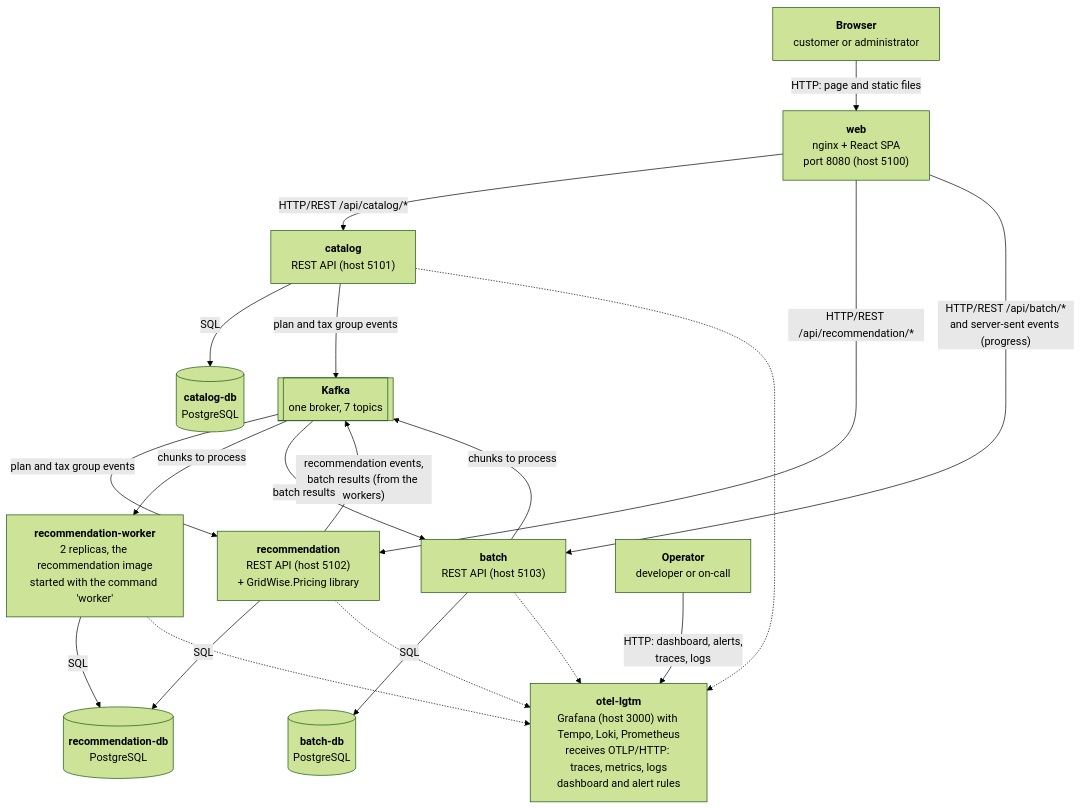
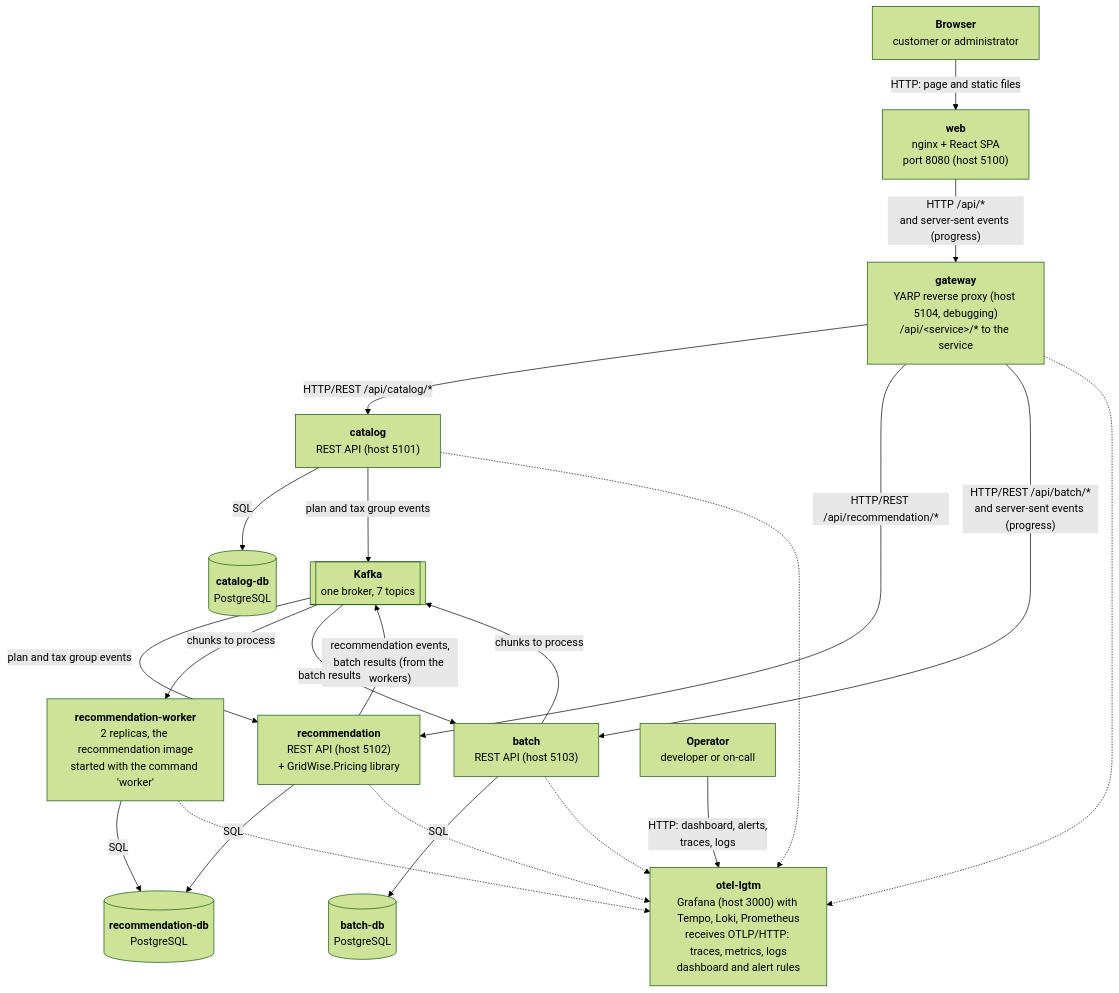
The second of 3 diagrams in docs/architecture/README.md (bratsale/gridwise), drawn with Mermaid (forest theme) before and after one commit. The commit also changed other lines of this file and 23 other files, not shown here.

Commit message:
feat(gateway): route all API traffic through a YARP gateway

````diff
--- a/docs/architecture/README.md
+++ b/docs/architecture/README.md
@@ -44,41 +44,44 @@
 ```mermaid
 flowchart TB
     browser["<b>Browser</b><br/>customer or administrator"]
     web["<b>web</b><br/>nginx + React SPA<br/>port 8080 (host 5100)"]
 
     catalog["<b>catalog</b><br/>REST API (host 5101)"]
     rec["<b>recommendation</b><br/>REST API (host 5102)<br/>+ GridWise.Pricing library"]
     batch["<b>batch</b><br/>REST API (host 5103)"]
     worker["<b>recommendation-worker</b><br/>2 replicas, the recommendation image<br/>started with the command 'worker'"]
 
     catalogdb[("<b>catalog-db</b><br/>PostgreSQL")]
     recdb[("<b>recommendation-db</b><br/>PostgreSQL")]
     batchdb[("<b>batch-db</b><br/>PostgreSQL")]
 
     kafka[["<b>Kafka</b><br/>one broker, 7 topics"]]
 
     browser -->|"HTTP: page and static files"| web
-    web -->|"HTTP/REST /api/catalog/*"| catalog
-    web -->|"HTTP/REST /api/recommendation/*"| rec
-    web -->|"HTTP/REST /api/batch/*<br/>and server-sent events (progress)"| batch
+    gateway["<b>gateway</b><br/>YARP reverse proxy (host 5104, debugging)<br/>/api/&lt;service&gt;/* to the service"]
+    web -->|"HTTP /api/*<br/>and server-sent events (progress)"| gateway
+    gateway -->|"HTTP/REST /api/catalog/*"| catalog
+    gateway -->|"HTTP/REST /api/recommendation/*"| rec
+    gateway -->|"HTTP/REST /api/batch/*<br/>and server-sent events (progress)"| batch
 
     catalog -->|"SQL"| catalogdb
     rec -->|"SQL"| recdb
     batch -->|"SQL"| batchdb
     worker -->|"SQL"| recdb
 
     catalog -->|"plan and tax group events"| kafka
     kafka -->|"plan and tax group events"| rec
     rec -->|"recommendation events,<br/>batch results (from the workers)"| kafka
     batch -->|"chunks to process"| kafka
     kafka -->|"chunks to process"| worker
     kafka -->|"batch results"| batch
 
     operator["<b>Operator</b><br/>developer or on-call"]
     lgtm["<b>otel-lgtm</b><br/>Grafana (host 3000) with Tempo, Loki, Prometheus<br/>receives OTLP/HTTP: traces, metrics, logs<br/>dashboard and alert rules"]
+    gateway -.-> lgtm
     catalog -.-> lgtm
     rec -.-> lgtm
     batch -.-> lgtm
     worker -.-> lgtm
     operator -->|"HTTP: dashboard, alerts,<br/>traces, logs"| lgtm
 ```
````
